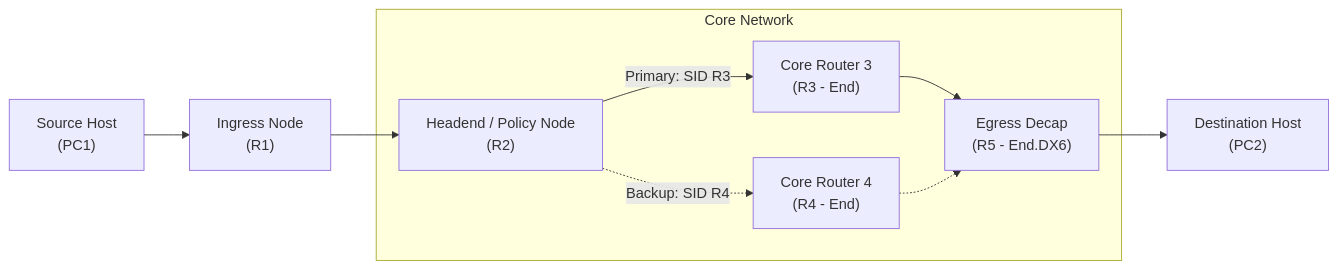
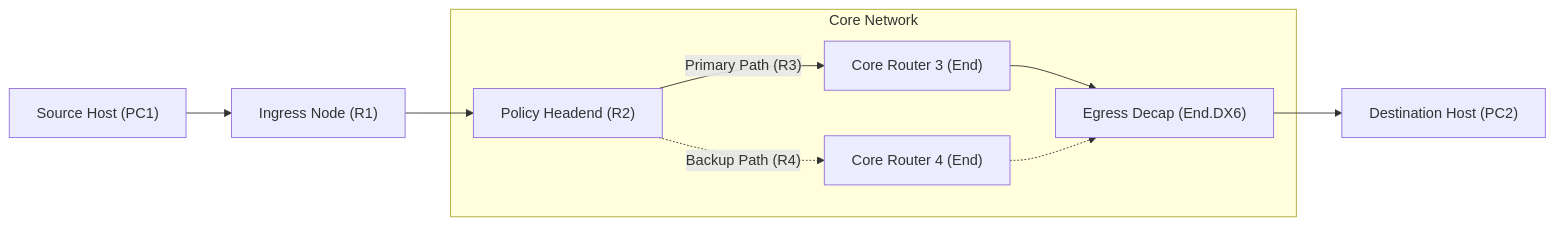
Before and after one commit to aiori-hackathon/A3-PS020-TC178: the diagram in README.md, drawn with Mermaid.

Commit message:
fix(docs): quote edge labels in Mermaid diagram to resolve GitHub markdown render error

````diff
--- a/README.md
+++ b/README.md
@@ -27,14 +27,14 @@
 ```mermaid
 flowchart LR
-    PC1["Source Host\n(PC1)"] --> R1["Ingress Node\n(R1)"]
-    R1 --> R2["Headend / Policy Node\n(R2)"]
+    PC1["Source Host (PC1)"] --> R1["Ingress Node (R1)"]
+    R1 --> R2["Policy Headend (R2)"]
     
     subgraph Core Network
-        R2 -->|Primary: SID R3| R3["Core Router 3\n(R3 - End)"]
-        R2 -.->|Backup: SID R4| R4["Core Router 4\n(R4 - End)"]
-        R3 --> R5["Egress Decap\n(R5 - End.DX6)"]
+        R2 -->|"Primary Path (R3)"| R3["Core Router 3 (End)"]
+        R2 -.->|"Backup Path (R4)"| R4["Core Router 4 (End)"]
+        R3 --> R5["Egress Decap (End.DX6)"]
         R4 -.-> R5
     end
     
-    R5 --> PC2["Destination Host\n(PC2)"]
+    R5 --> PC2["Destination Host (PC2)"]
 ```
````
